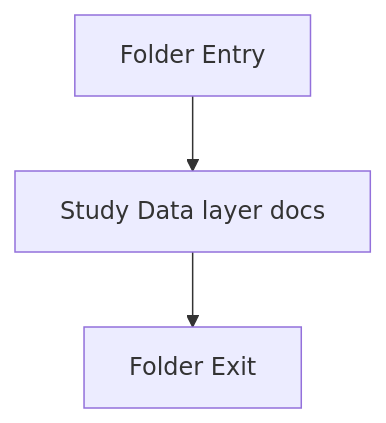
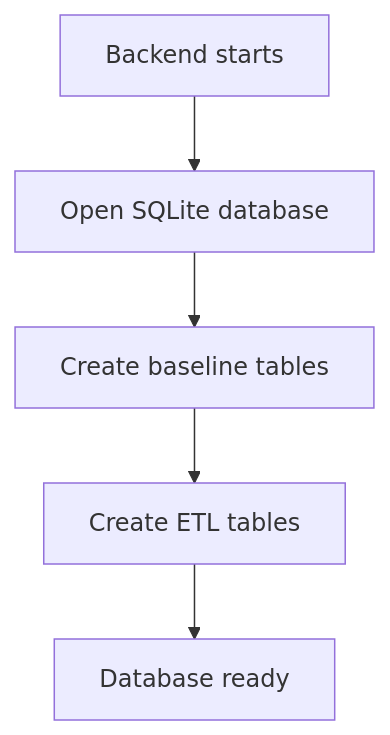
Before and after one commit to JohnAndrewBalbarosa/NeoTerritory: the diagram in docs/Codebase/Backend/src/db/README.md, drawn with Mermaid. The commit also changed other lines of this file and 915 other files, not shown here.

````diff
--- a/docs/Codebase/Backend/src/db/README.md
+++ b/docs/Codebase/Backend/src/db/README.md
@@ -14,8 +17,13 @@
 ```mermaid
 flowchart TD
-    Start["Folder Entry"]
-    N0["Study Data layer docs"]
-    End["Folder Exit"]
-    Start --> N0
-    N0 --> End
+    Start["Backend starts"]
+    Open["Open SQLite database"]
+    Base["Create baseline tables"]
+    ETL["Create ETL tables"]
+    Ready["Database ready"]
+
+    Start --> Open
+    Open --> Base
+    Base --> ETL
+    ETL --> Ready
 ```
````
